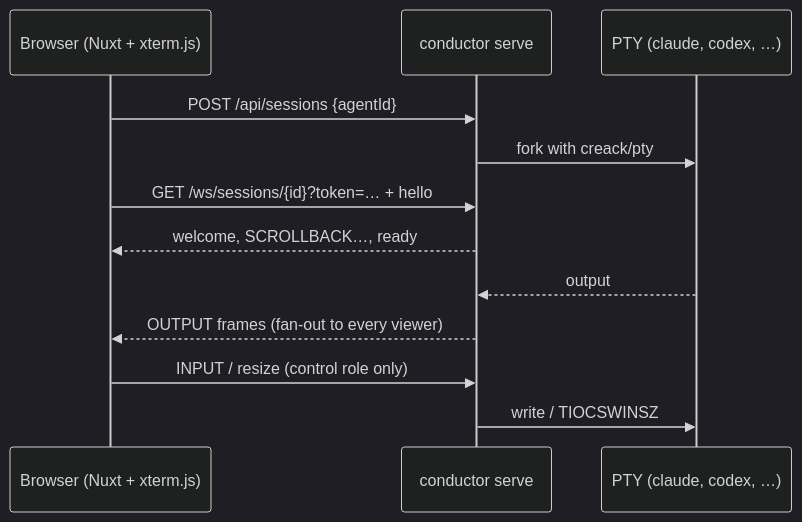
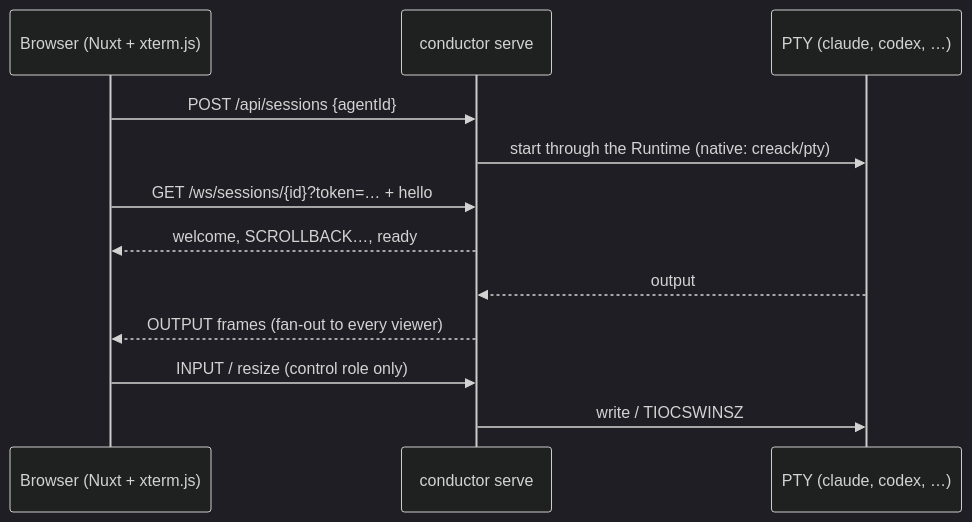
Before and after one commit to rocksolidlabs/conductor: the first of 2 diagrams in docs/architecture.md, drawn with Mermaid (dark theme). The commit also changed other lines of this file and 28 other files, not shown here.

First line of the commit message:
api, hostagent, session: sessions start through the Runtime, on the server and on a host (#492)

````diff
--- a/docs/architecture.md
+++ b/docs/architecture.md
@@ -17,14 +17,14 @@
 ```mermaid
 sequenceDiagram
   participant B as Browser (Nuxt + xterm.js)
   participant S as conductor serve
   participant P as PTY (claude, codex, …)
   B->>S: POST /api/sessions {agentId}
-  S->>P: fork with creack/pty
+  S->>P: start through the Runtime (native: creack/pty)
   B->>S: GET /ws/sessions/{id}?token=… + hello
   S-->>B: welcome, SCROLLBACK…, ready
   P-->>S: output
   S-->>B: OUTPUT frames (fan-out to every viewer)
   B->>S: INPUT / resize (control role only)
   S->>P: write / TIOCSWINSZ
 ```
````
